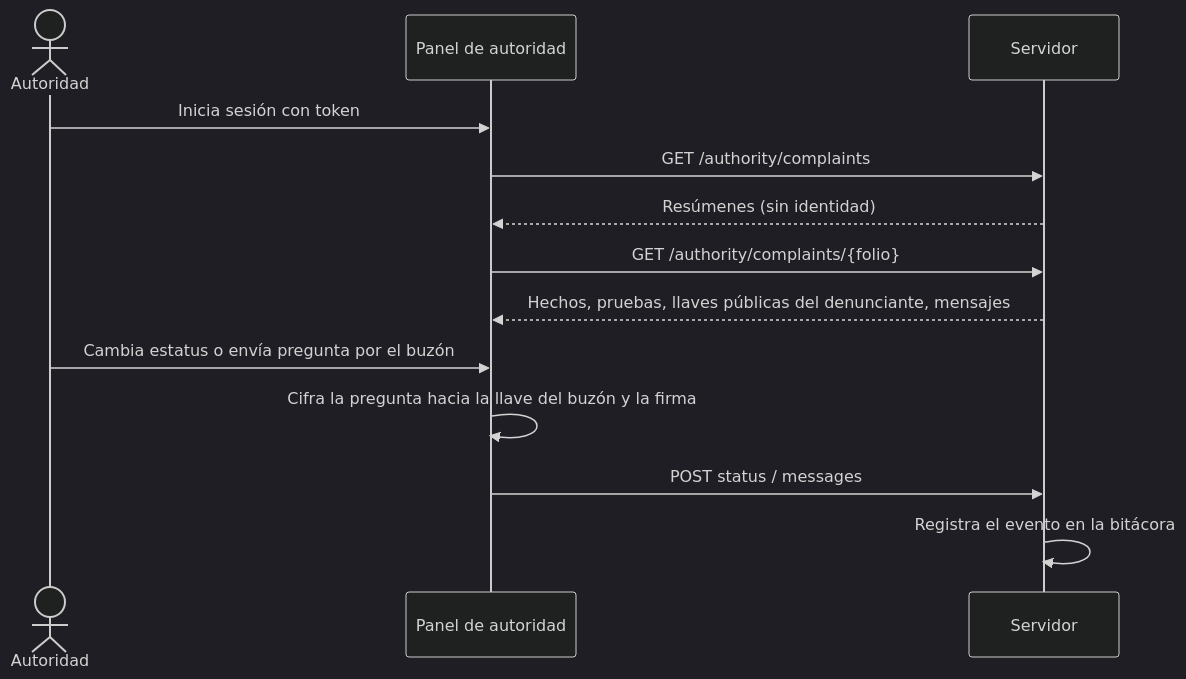
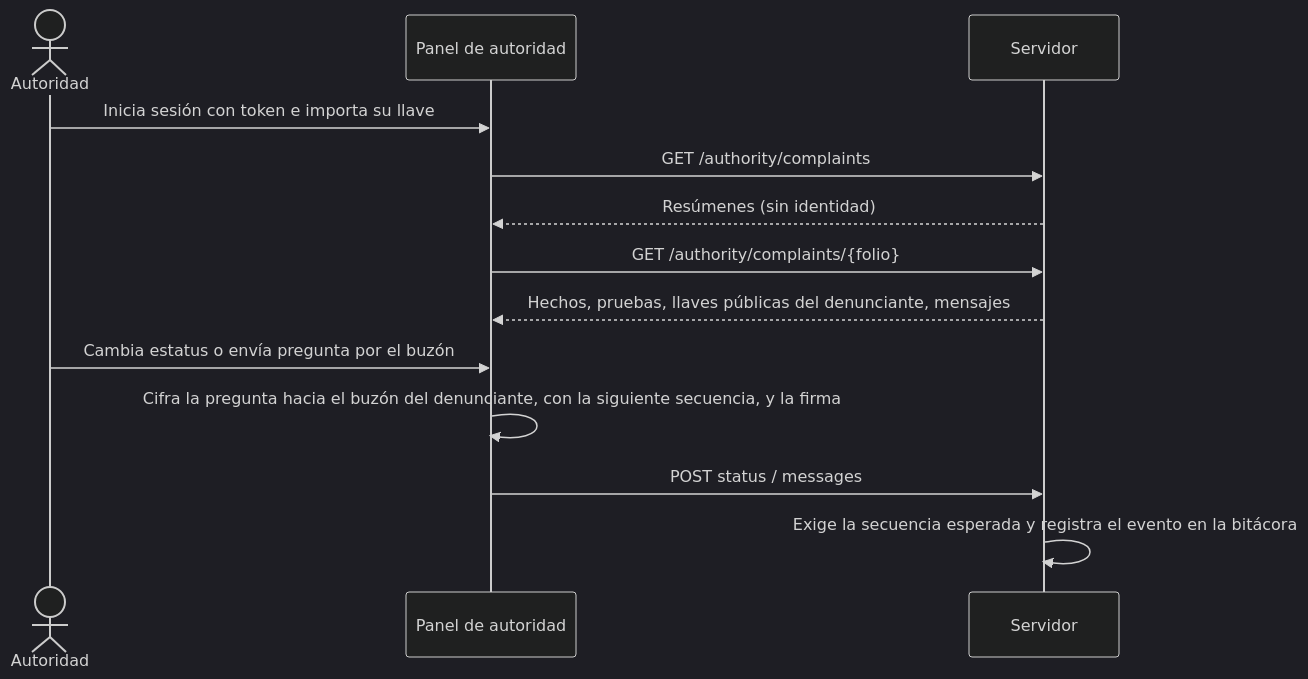
The third of 5 diagrams in docs/arquitectura.md (GuilleOp/sigilo-s5), drawn with Mermaid (dark theme) before and after one commit. The commit also changed other lines of this file and 14 other files, not shown here.

````diff
--- a/docs/arquitectura.md
+++ b/docs/arquitectura.md
@@ -81,15 +91,15 @@
 ```mermaid
 sequenceDiagram
   actor A as Autoridad
   participant P as Panel de autoridad
   participant S as Servidor
-  A->>P: Inicia sesión con token
+  A->>P: Inicia sesión con token e importa su llave
   P->>S: GET /authority/complaints
   S-->>P: Resúmenes (sin identidad)
   P->>S: GET /authority/complaints/{folio}
   S-->>P: Hechos, pruebas, llaves públicas del denunciante, mensajes
   A->>P: Cambia estatus o envía pregunta por el buzón
-  P->>P: Cifra la pregunta hacia la llave del buzón y la firma
+  P->>P: Cifra la pregunta hacia el buzón del denunciante, con la siguiente secuencia, y la firma
   P->>S: POST status / messages
-  S->>S: Registra el evento en la bitácora
+  S->>S: Exige la secuencia esperada y registra el evento en la bitácora
 ```
````
